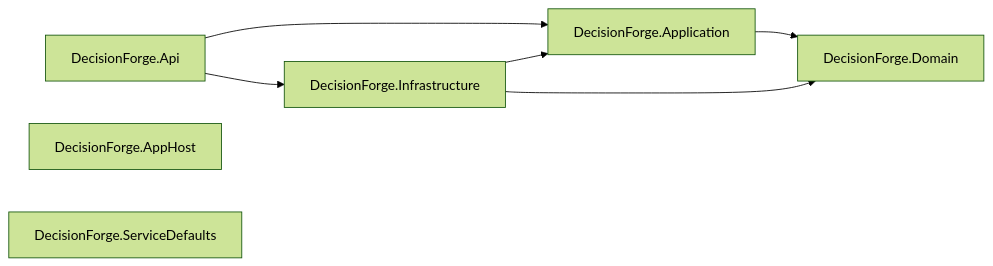
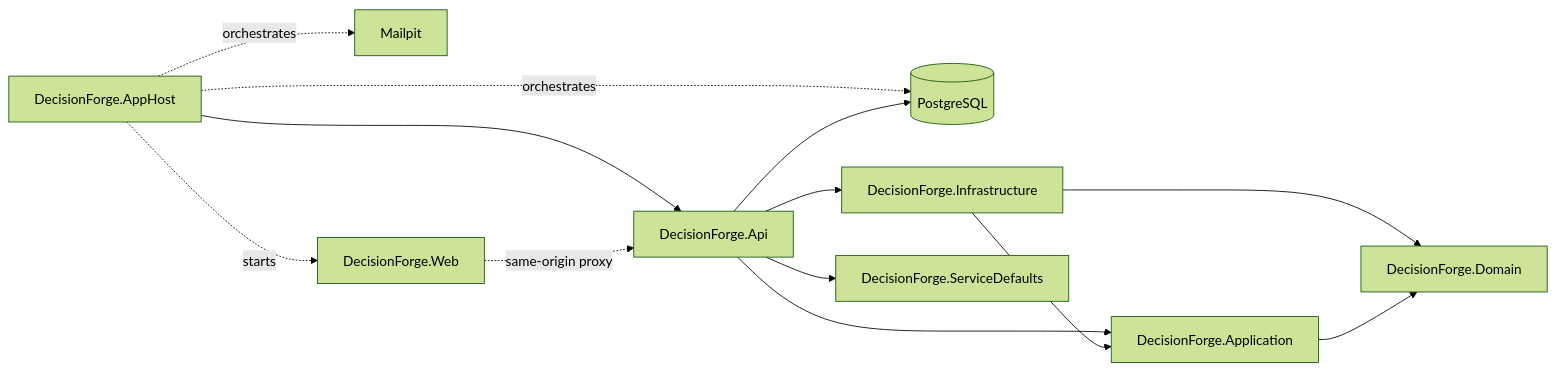
Before and after one commit to keerthi259/DecisionForge: the diagram in docs/architecture/component-view.md, drawn with Mermaid (forest theme). The commit also changed other lines of this file and 52 other files, not shown here.

````diff
--- a/docs/architecture/component-view.md
+++ b/docs/architecture/component-view.md
@@ -9,11 +9,15 @@
 ```mermaid
 flowchart LR
-  API[DecisionForge.Api] --> APP[DecisionForge.Application]
+  APPHOST[DecisionForge.AppHost] --> API[DecisionForge.Api]
+  APPHOST -. orchestrates .-> POSTGRES[(PostgreSQL)]
+  APPHOST -. orchestrates .-> MAILPIT[Mailpit]
+  APPHOST -. starts .-> WEB[DecisionForge.Web]
+  WEB -. same-origin proxy .-> API
+  API --> APP[DecisionForge.Application]
   API --> INFRA[DecisionForge.Infrastructure]
+  API --> DEFAULTS[DecisionForge.ServiceDefaults]
+  API --> POSTGRES
   INFRA --> APP
   INFRA --> DOMAIN[DecisionForge.Domain]
   APP --> DOMAIN
-
-  APPHOST[DecisionForge.AppHost]
-  DEFAULTS[DecisionForge.ServiceDefaults]
 ```
````
